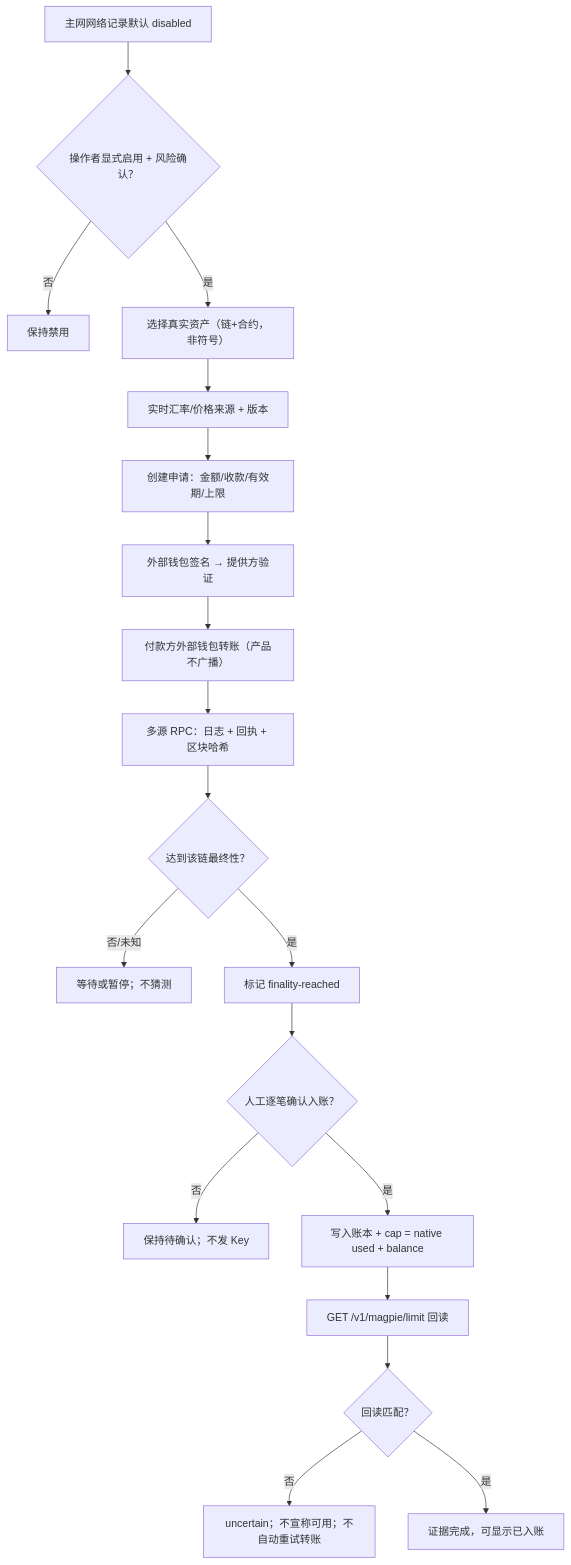
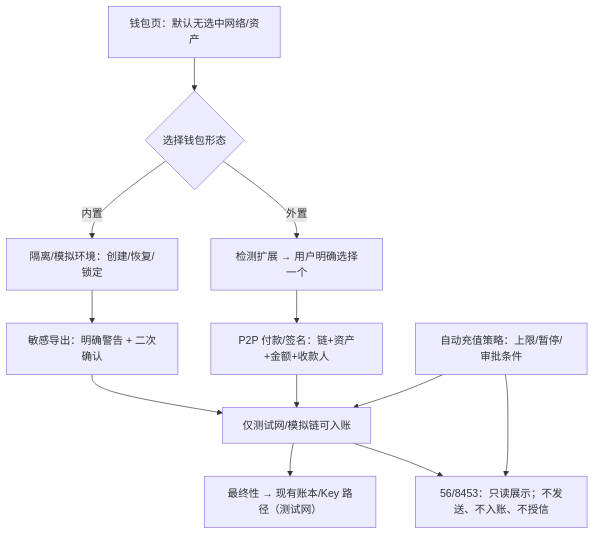
The fifth of 7 diagrams in docs/phase10/FLOWS.md (faithleysath/magpie-oh-my-aihub), drawn with Mermaid before and after one commit. The commit also changed other lines of this file and 2 other files, not shown here.

````diff
--- a/docs/phase10/FLOWS.md
+++ b/docs/phase10/FLOWS.md
@@ -203,21 +192,14 @@
 ```mermaid
 flowchart TD
-  G0["主网网络记录默认 disabled"] --> G1{"操作者显式启用 + 风险确认？"}
-  G1 -->|否| GX["保持禁用"]
-  G1 -->|是| G2["选择真实资产（链+合约，非符号）"]
-  G2 --> G3["实时汇率/价格来源 + 版本"]
-  G3 --> G4["创建申请：金额/收款/有效期/上限"]
-  G4 --> G5["外部钱包签名 → 提供方验证"]
-  G5 --> G6["付款方外部钱包转账（产品不广播）"]
-  G6 --> G7["多源 RPC：日志 + 回执 + 区块哈希"]
-  G7 --> G8{"达到该链最终性？"}
-  G8 -->|否/未知| G9["等待或暂停；不猜测"]
-  G8 -->|是| G10["标记 finality-reached"]
-  G10 --> H1{"人工逐笔确认入账？"}
-  H1 -->|否| H2["保持待确认；不发 Key"]
-  H1 -->|是| H3["写入账本 + cap = native used + balance"]
-  H3 --> H4["GET /v1/magpie/limit 回读"]
-  H4 --> H5{"回读匹配？"}
-  H5 -->|否| H6["uncertain；不宣称可用；不自动重试转账"]
-  H5 -->|是| H7["证据完成，可显示已入账"]
+  W0["钱包页：默认无选中网络/资产"] --> W1{"选择钱包形态"}
+  W1 -->|内置| W2["隔离/模拟环境：创建/恢复/锁定"]
+  W1 -->|外置| W3["检测扩展 → 用户明确选择一个"]
+  W2 --> W4["敏感导出：明确警告 + 二次确认"]
+  W3 --> W5["P2P 付款/签名：链+资产+金额+收款人"]
+  W4 --> W6["仅测试网/模拟链可入账"]
+  W5 --> W6
+  W6 --> W7["最终性 → 现有账本/Key 路径（测试网）"]
+  W6 --> W8["56/8453：只读展示；不发送、不入账、不授信"]
+  W9["自动充值策略：上限/暂停/审批条件"] --> W6
+  W9 --> W8
 ```
````
